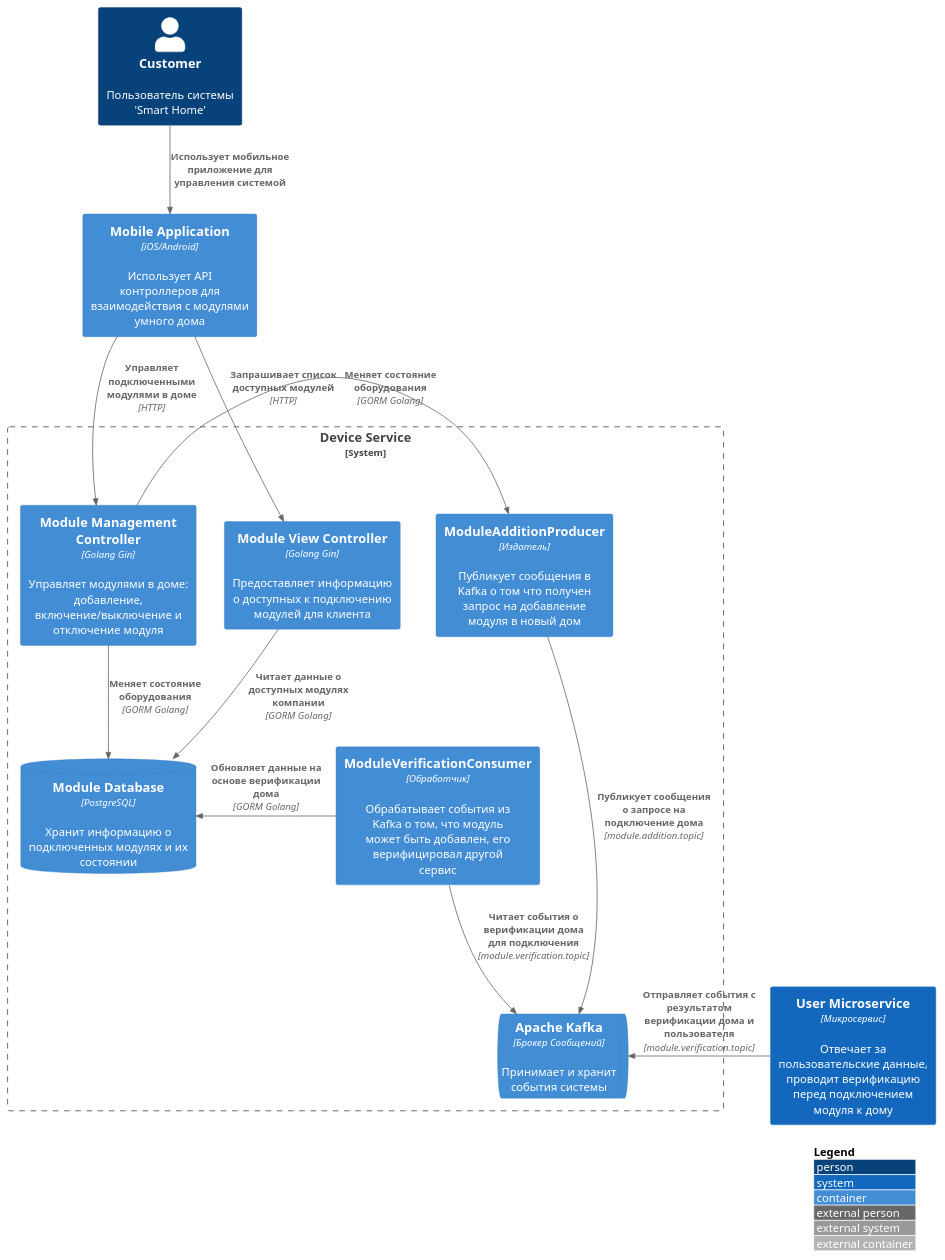
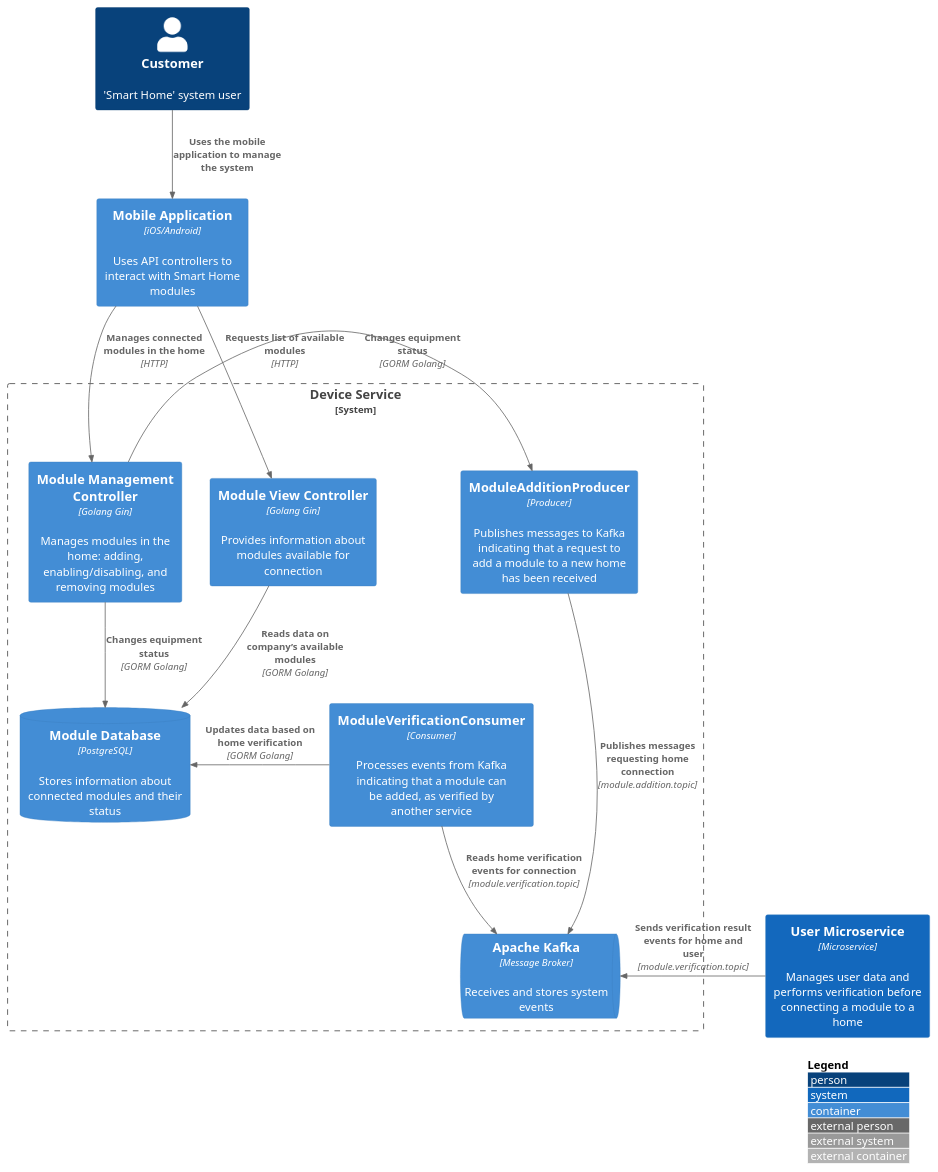
The diagram in smart-home-monolith/diagrams/component/Component_CleverVillageSystem_DeviceService.puml (baydinvladislav/architecture-sprint-3), drawn with PlantUML before and after one commit.

Commit message:
translate to english

```diff
--- a/smart-home-monolith/diagrams/component/Component_CleverVillageSystem_DeviceService.puml
+++ b/smart-home-monolith/diagrams/component/Component_CleverVillageSystem_DeviceService.puml
@@ -1,33 +1,33 @@
 @startuml
 !include <C4/C4_Container>
 
 LAYOUT_WITH_LEGEND()
 
-Person(user, "Customer", "Пользователь системы 'Smart Home'")
-Container(app_client, "Mobile Application", "iOS/Android", "Использует API контроллеров для взаимодействия с модулями умного дома")
-Container(internal_system, "User Microservice", "Микросервис", "Отвечает за пользовательские данные, проводит верификацию перед подключением модуля к дому") #1368bd
+Person(user, "Customer", "'Smart Home' system user")
+Container(app_client, "Mobile Application", "iOS/Android", "Uses API controllers to interact with Smart Home modules")
+Container(internal_system, "User Microservice", "Microservice", "Manages user data and performs verification before connecting a module to a home") #1368bd
 
 System_Boundary(b_system, "Device Service") {
-    Container(controller_modules_view, "Module View Controller", "Golang Gin", "Предоставляет информацию о доступных к подключению модулей для клиента")
-    Container(controller_module_management, "Module Management Controller", "Golang Gin", "Управляет модулями в доме: добавление, включение/выключение и отключение модуля")
+    Container(controller_modules_view, "Module View Controller", "Golang Gin", "Provides information about modules available for connection")
+    Container(controller_module_management, "Module Management Controller", "Golang Gin", "Manages modules in the home: adding, enabling/disabling, and removing modules")
 
-    Container(publisher, "ModuleAdditionProducer", "Издатель", "Публикует сообщения в Kafka о том что получен запрос на добавление модуля в новый дом")
-    Container(processor, "ModuleVerificationConsumer", "Обработчик", "Обрабатывает события из Kafka о том, что модуль может быть добавлен, его верифицировал другой сервис")
+    Container(publisher, "ModuleAdditionProducer", "Producer", "Publishes messages to Kafka indicating that a request to add a module to a new home has been received")
+    Container(processor, "ModuleVerificationConsumer", "Consumer", "Processes events from Kafka indicating that a module can be added, as verified by another service")
 
-    ContainerDb(modules_db, "Module Database", "PostgreSQL", "Хранит информацию о подключенных модулях и их состоянии")
-    ContainerQueue(kafka_broker, "Apache Kafka", "Брокер Сообщений", "Принимает и хранит события системы")
+    ContainerDb(modules_db, "Module Database", "PostgreSQL", "Stores information about connected modules and their status")
+    ContainerQueue(kafka_broker, "Apache Kafka", "Message Broker", "Receives and stores system events")
 }
 
-Rel(app_client, controller_modules_view, "Запрашивает список доступных модулей", "HTTP")
-Rel(app_client, controller_module_management, "Управляет подключенными модулями в доме", "HTTP")
+Rel(app_client, controller_modules_view, "Requests list of available modules", "HTTP")
+Rel(app_client, controller_module_management, "Manages connected modules in the home", "HTTP")
 
-Rel(user, app_client, "Использует мобильное приложение для управления системой")
-Rel(controller_modules_view, modules_db, "Читает данные о доступных модулях компании", "GORM Golang")
-Rel(controller_module_management, modules_db, "Меняет состояние оборудования", "GORM Golang")
-Rel_L(controller_module_management, publisher, "Меняет состояние оборудования", "GORM Golang")
-Rel_L(internal_system, kafka_broker, "Отправляет события с результатом верификации дома и пользователя", "module.verification.topic")
-Rel_U(publisher, kafka_broker, "Публикует сообщения о запросе на подключение дома", "module.addition.topic")
-Rel(processor, kafka_broker, "Читает события о верификации дома для подключения", "module.verification.topic")
-Rel_L(processor, modules_db, "Обновляет данные на основе верификации дома", "GORM Golang")
+Rel(user, app_client, "Uses the mobile application to manage the system")
+Rel(controller_modules_view, modules_db, "Reads data on company’s available modules", "GORM Golang")
+Rel(controller_module_management, modules_db, "Changes equipment status", "GORM Golang")
+Rel_L(controller_module_management, publisher, "Changes equipment status", "GORM Golang")
+Rel_L(internal_system, kafka_broker, "Sends verification result events for home and user", "module.verification.topic")
+Rel_U(publisher, kafka_broker, "Publishes messages requesting home connection", "module.addition.topic")
+Rel(processor, kafka_broker, "Reads home verification events for connection", "module.verification.topic")
+Rel_L(processor, modules_db, "Updates data based on home verification", "GORM Golang")
 
 @enduml
```
